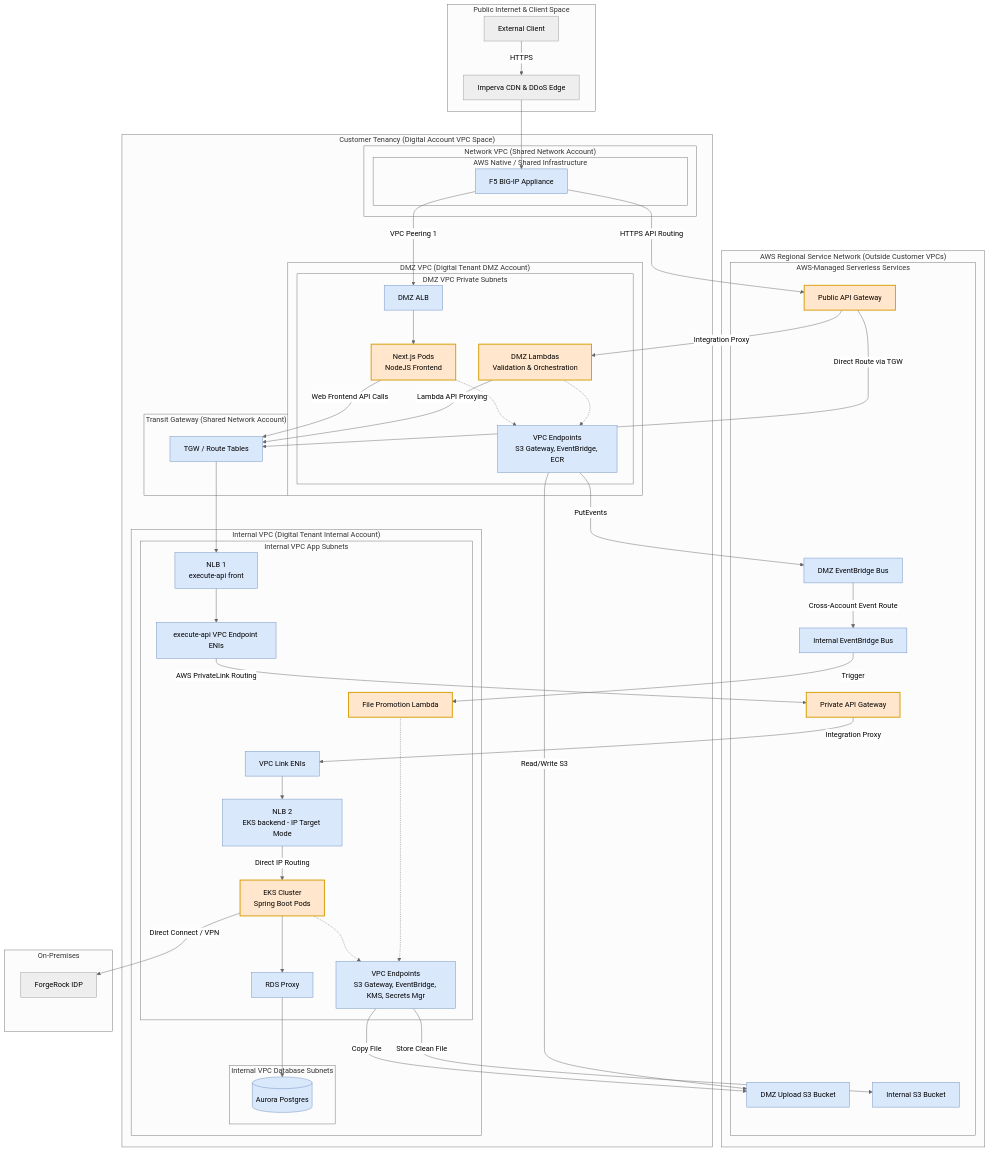
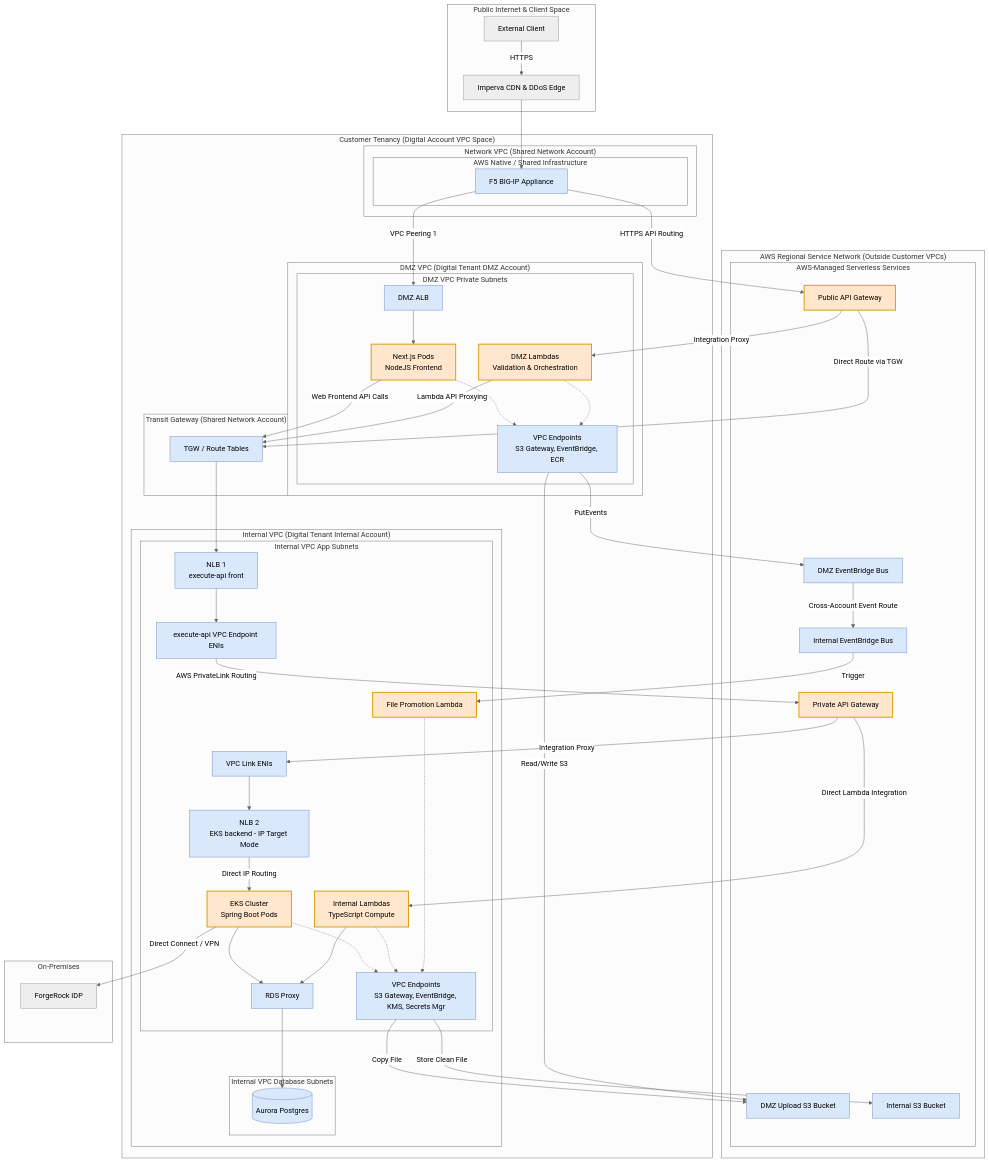
One commit to mgarythomas/aws-design-docs changed the diagram in docs/aws-platform-architecture-review.md. Above: the diagram before and after it, drawn with Mermaid (neutral theme). The commit also changed other lines of this file and 1 other file, not shown here.

Commit message:
docs: update architecture review to include internal TypeScript Lambdas and refine S3/API gateway routing flows

```diff
--- a/docs/aws-platform-architecture-review.md
+++ b/docs/aws-platform-architecture-review.md
@@ -77,6 +77,7 @@
                 VPCLink[VPC Link ENIs]
                 NLB_2[NLB 2<br/>EKS backend - IP Target Mode]
                 EKS_INT[EKS Cluster<br/>Spring Boot Pods]
+                Int_Lambdas[Internal Lambdas<br/>TypeScript Compute]
                 File_Promo_Lambda[File Promotion Lambda]
                 RDSP[RDS Proxy]
                 VPCE_INT_Shared[VPC Endpoints<br/>S3 Gateway, EventBridge, KMS, Secrets Mgr]
@@ -85,7 +86,9 @@
                 VPCLink --> NLB_2
                 NLB_2 -->|Direct IP Routing| EKS_INT
                 EKS_INT --> RDSP
+                Int_Lambdas --> RDSP
                 EKS_INT -.-> VPCE_INT_Shared
+                Int_Lambdas -.-> VPCE_INT_Shared
                 File_Promo_Lambda -.-> VPCE_INT_Shared
             end
             
@@ -110,6 +113,7 @@
     APIGW_DMZ -->|Direct Route via TGW| TGW
     VPCE_INT -->|AWS PrivateLink Routing| APIGW_INT
     APIGW_INT -->|Integration Proxy| VPCLink
+    APIGW_INT -->|Direct Lambda Integration| Int_Lambdas
     
     %% S3 & EventBridge connections
     VPCE_DMZ -->|Read/Write S3| S3_DMZ
@@ -120,7 +124,7 @@
     VPCE_INT_Shared -->|Store Clean File| S3_INT
 
     %% Apply Classes for Tenant vs Native
-    class NextJS,APIGW_DMZ,EKS_INT,APIGW_INT,DMZ_Lambdas,File_Promo_Lambda tenant;
+    class NextJS,APIGW_DMZ,EKS_INT,APIGW_INT,DMZ_Lambdas,File_Promo_Lambda,Int_Lambdas tenant;
     class F5,ALB_DMZ,VPCE_DMZ,TGW,NLB_1,VPCE_INT,VPCLink,NLB_2,RDSP,Aurora,VPCE_INT_Shared,EB_DMZ,EB_INT,S3_DMZ,S3_INT native;
 
     classDef tenant fill:#ffe6cc,stroke:#d79b00,stroke-width:2px,color:#000;
```
